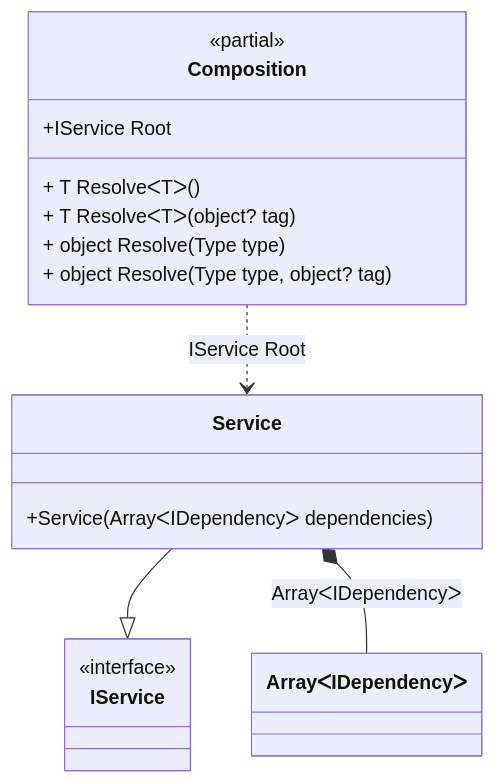
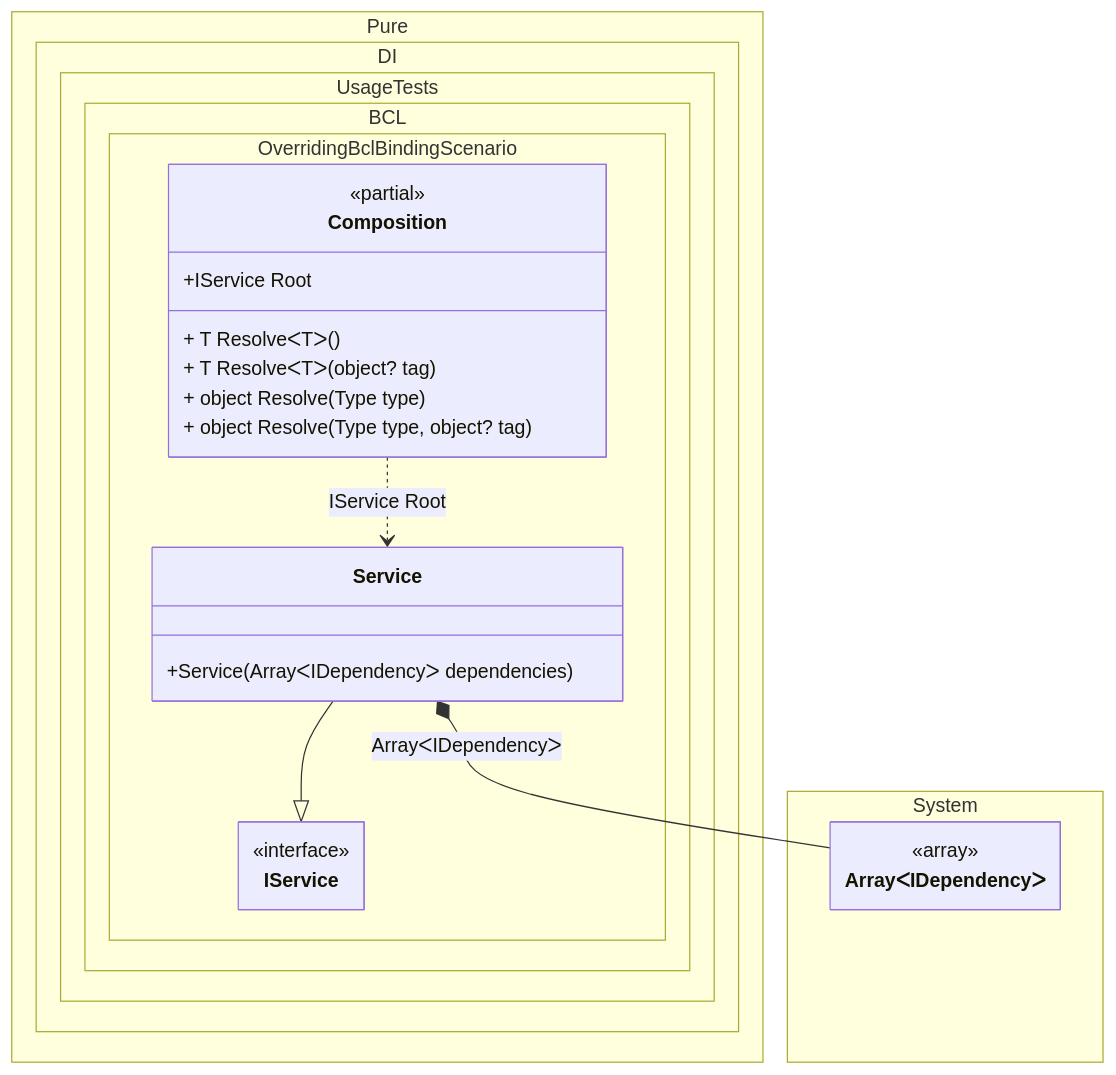
The diagram in readme/overriding-the-bcl-binding.md (DevTeam/Pure.DI), drawn with Mermaid before and after one commit. The commit also changed 103 other files, not shown here.

Commit message:
Improved class diagrams

````diff
--- a/readme/overriding-the-bcl-binding.md
+++ b/readme/overriding-the-bcl-binding.md
@@ -196,21 +196,32 @@
 ```mermaid
+---
+ config:
+  class:
+   hideEmptyMembersBox: true
+---
 classDiagram
-	class Composition {
+	Service --|> IService
+	Composition ..> Service : IService Root
+	Service *--  ArrayᐸIDependencyᐳ : ArrayᐸIDependencyᐳ
+	namespace Pure.DI.UsageTests.BCL.OverridingBclBindingScenario {
+		class Composition {
 		<<partial>>
 		+IService Root
 		+ T ResolveᐸTᐳ()
 		+ T ResolveᐸTᐳ(object? tag)
 		+ object Resolve(Type type)
 		+ object Resolve(Type type, object? tag)
+		}
+		class IService {
+			<<interface>>
+		}
+		class Service {
+			+Service(ArrayᐸIDependencyᐳ dependencies)
+		}
 	}
-	Service --|> IService
-	class Service {
-		+Service(ArrayᐸIDependencyᐳ dependencies)
+	namespace System {
+		class ArrayᐸIDependencyᐳ {
+				<<array>>
+		}
 	}
-	class ArrayᐸIDependencyᐳ
-	class IService {
-		<<interface>>
-	}
-	Composition ..> Service : IService Root
-	Service *--  ArrayᐸIDependencyᐳ : ArrayᐸIDependencyᐳ
 ```
````
